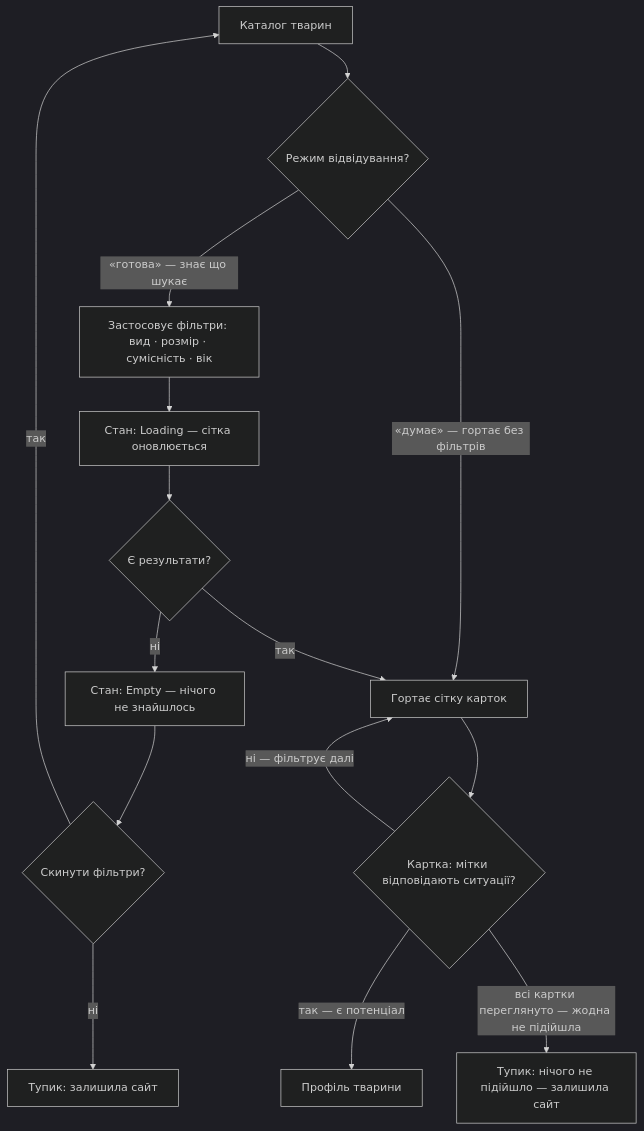
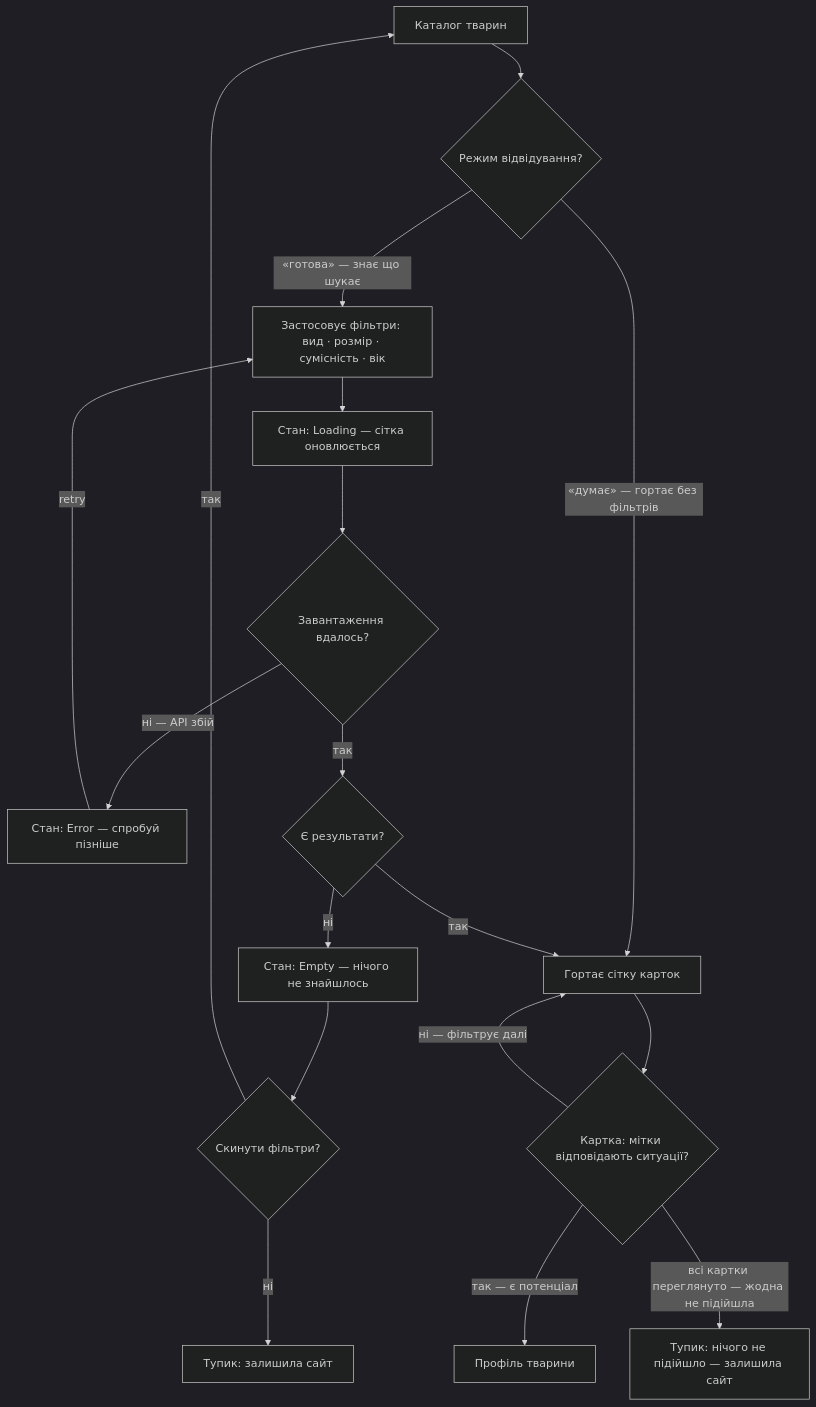
Before and after one commit to yuliabokova/prytulok: the second of 5 diagrams in flows.md, drawn with Mermaid (dark theme). The commit also changed other lines of this file and 1 other file, not shown here.

First line of the commit message:
ux: audit fixes — dead ends, missing states, S2 flow added

````diff
--- a/flows.md
+++ b/flows.md
@@ -63,20 +65,23 @@
 ```mermaid
 flowchart TD
     CatEntry["Каталог тварин"] --> ModeQ{"Режим відвідування?"}
     ModeQ -->|"«готова» — знає що шукає"| ApplyFilters["Застосовує фільтри: вид · розмір · сумісність · вік"]
     ModeQ -->|"«думає» — гортає без фільтрів"| BrowseGrid["Гортає сітку карток"]
 
     ApplyFilters --> FilterLoad["Стан: Loading — сітка оновлюється"]
-    FilterLoad --> HasResults{"Є результати?"}
+    FilterLoad --> LoadQ{"Завантаження вдалось?"}
+    LoadQ -->|"ні — API збій"| LoadError["Стан: Error — спробуй пізніше"]
+    LoadError -->|"retry"| ApplyFilters
+    LoadQ -->|"так"| HasResults{"Є результати?"}
     HasResults -->|"ні"| EmptyFiltered["Стан: Empty — нічого не знайшлось"]
     EmptyFiltered --> ResetQ{"Скинути фільтри?"}
     ResetQ -->|"так"| CatEntry
     ResetQ -->|"ні"| Dead1["Тупик: залишила сайт"]
 
     HasResults -->|"так"| BrowseGrid
 
     BrowseGrid --> CardQ{"Картка: мітки відповідають ситуації?"}
     CardQ -->|"ні — фільтрує далі"| BrowseGrid
     CardQ -->|"так — є потенціал"| Prof["Профіль тварини"]
     CardQ -->|"всі картки переглянуто — жодна не підійшла"| Dead2["Тупик: нічого не підійшло — залишила сайт"]
 ```
````
